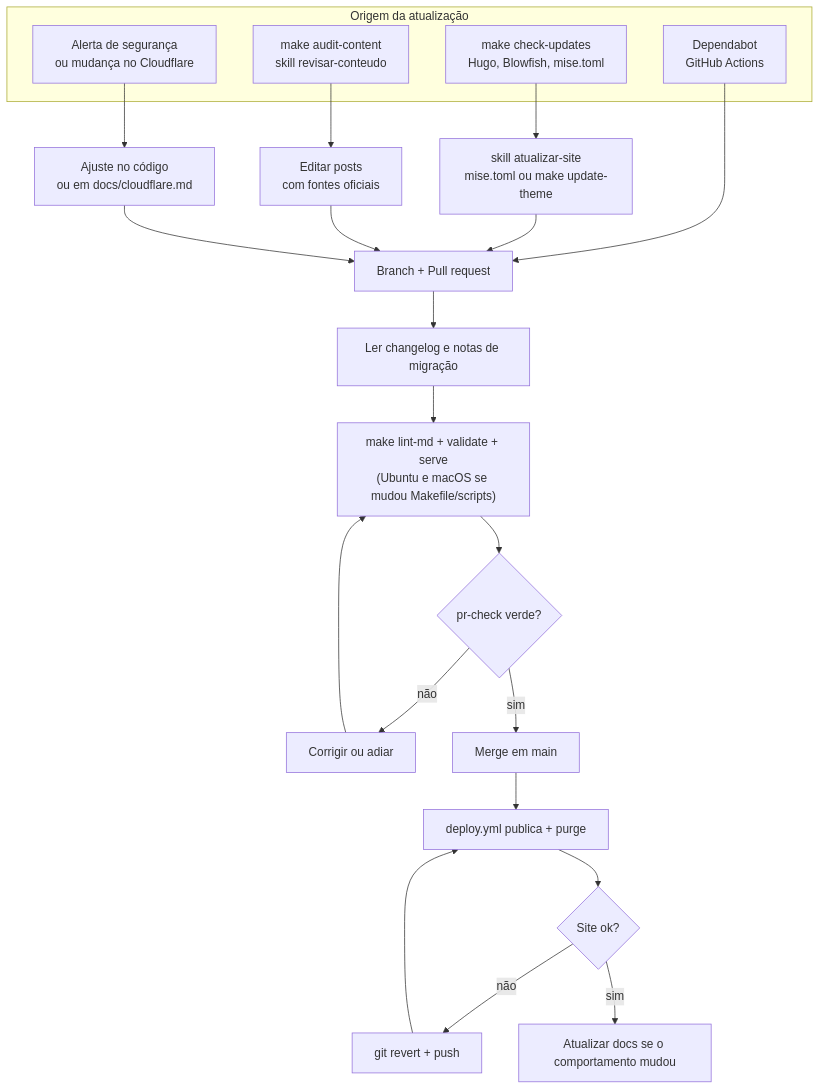
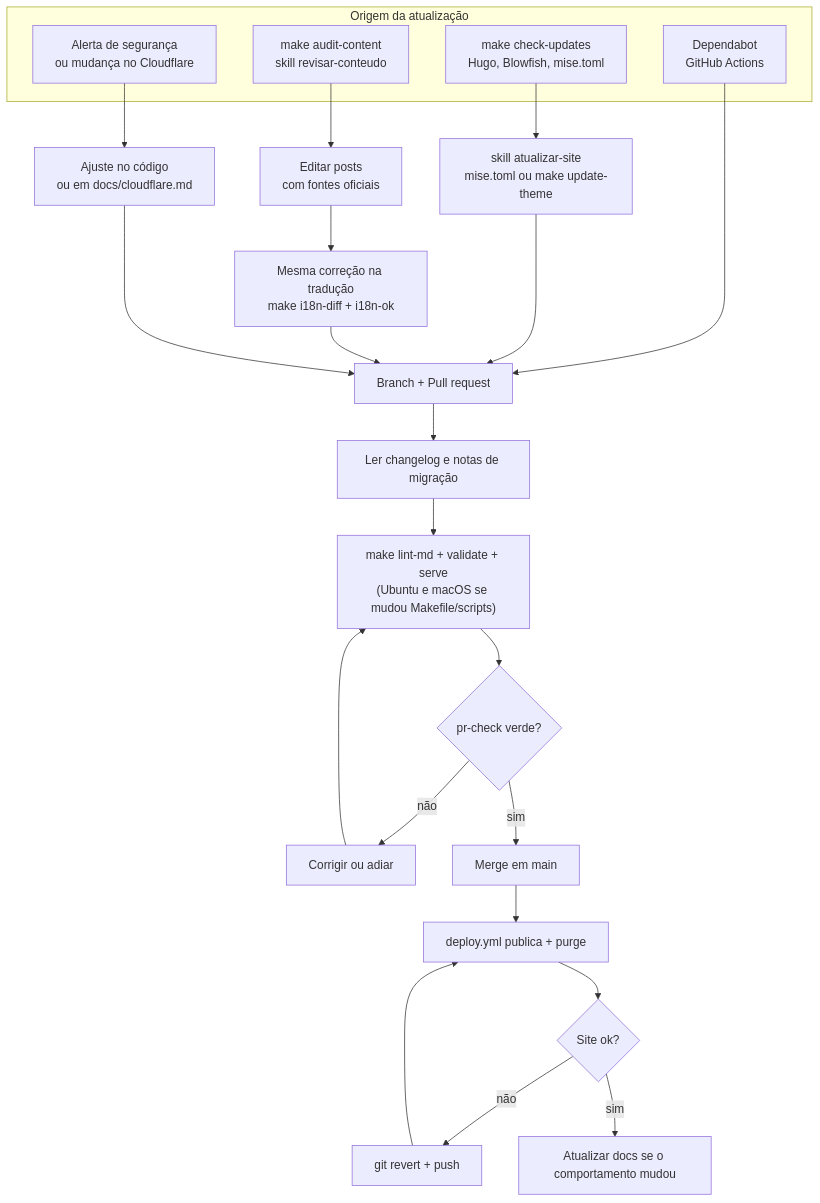
One commit to aeciopires/blog-aeciopires changed the fifth of 5 diagrams in docs/ARCHITECTURE.md. Above: the diagram before and after it, drawn with Mermaid. The commit also changed other lines of this file and 222 other files, not shown here.

````diff
--- a/docs/ARCHITECTURE.md
+++ b/docs/ARCHITECTURE.md
@@ -160,22 +169,22 @@
 ```mermaid
 flowchart TD
   subgraph FONTES["Origem da atualização"]
     D1["Dependabot<br/>GitHub Actions"]
     D2["make check-updates<br/>Hugo, Blowfish, mise.toml"]
     D4["make audit-content<br/>skill revisar-conteudo"]
     D3["Alerta de segurança<br/>ou mudança no Cloudflare"]
   end
   D1 --> BR["Branch + Pull request"]
   D2 --> UP["skill atualizar-site<br/>mise.toml ou make update-theme"] --> BR
-  D4 --> ED["Editar posts<br/>com fontes oficiais"] --> BR
+  D4 --> ED["Editar posts<br/>com fontes oficiais"] --> TE["Mesma correção na tradução<br/>make i18n-diff + i18n-ok"] --> BR
   D3 --> FIX["Ajuste no código<br/>ou em docs/cloudflare.md"] --> BR
   BR --> CL["Ler changelog e notas de migração"]
   CL --> LV["make lint-md + validate + serve<br/>(Ubuntu e macOS se mudou Makefile/scripts)"]
   LV --> PC{"pr-check verde?"}
   PC -- "não" --> AJ["Corrigir ou adiar"] --> LV
   PC -- "sim" --> MG["Merge em main"]
   MG --> DP["deploy.yml publica + purge"]
   DP --> MON{"Site ok?"}
   MON -- "não" --> RV["git revert + push"] --> DP
   MON -- "sim" --> FIM["Atualizar docs se o comportamento mudou"]
 ```
````
